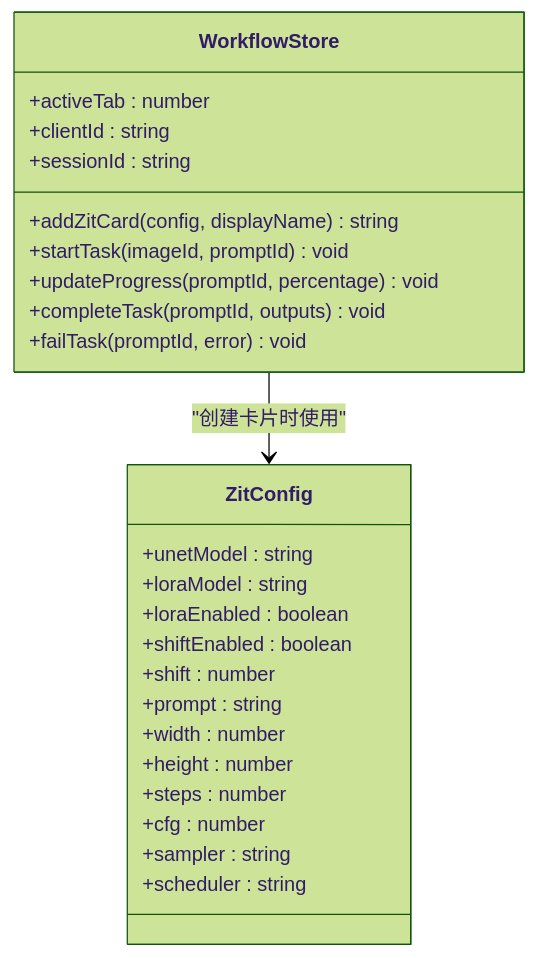
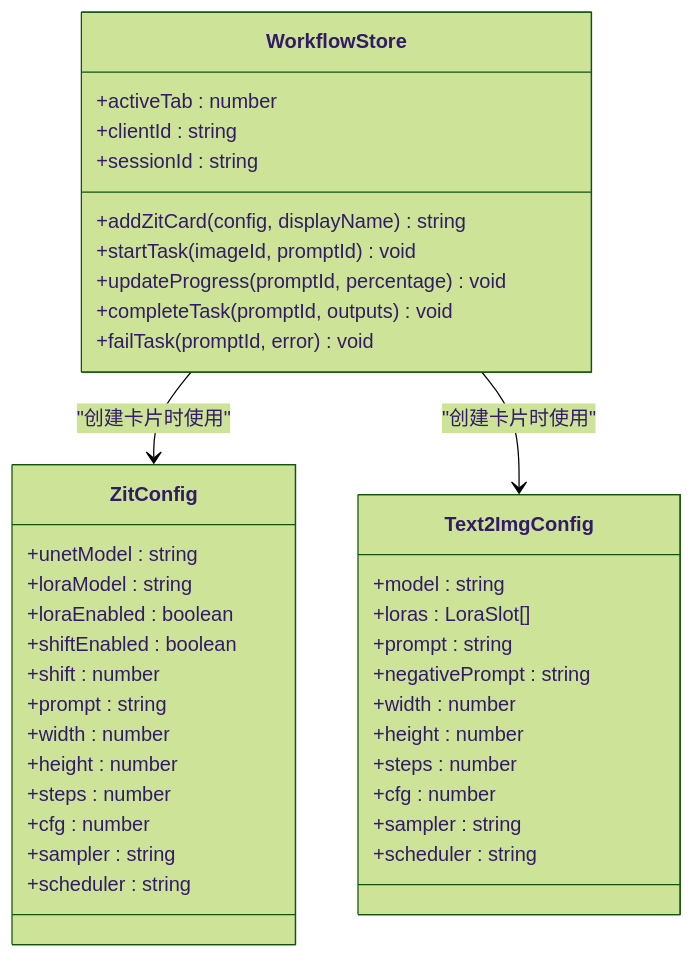
One commit to billye220670/CorineKit_Pix2Real changed the fourth of 8 diagrams in .qoder/repowiki/zh/content/专业功能/ZIT 快出.md. Above: the diagram before and after it, drawn with Mermaid (forest theme). The commit also changed other lines of this file and 49 other files, not shown here.

````diff
--- a/.qoder/repowiki/zh/content/专业功能/ZIT 快出.md
+++ b/.qoder/repowiki/zh/content/专业功能/ZIT 快出.md
@@ -172,28 +195,41 @@
 ```mermaid
 classDiagram
 class WorkflowStore {
 +activeTab : number
 +clientId : string
 +sessionId : string
 +addZitCard(config, displayName) string
 +startTask(imageId, promptId) void
 +updateProgress(promptId, percentage) void
 +completeTask(promptId, outputs) void
 +failTask(promptId, error) void
 }
 class ZitConfig {
 +unetModel : string
 +loraModel : string
 +loraEnabled : boolean
 +shiftEnabled : boolean
 +shift : number
 +prompt : string
 +width : number
 +height : number
 +steps : number
 +cfg : number
 +sampler : string
 +scheduler : string
 }
+class Text2ImgConfig {
++model : string
++loras : LoraSlot[]
++prompt : string
++negativePrompt : string
++width : number
++height : number
++steps : number
++cfg : number
++sampler : string
++scheduler : string
+}
 WorkflowStore --> ZitConfig : "创建卡片时使用"
+WorkflowStore --> Text2ImgConfig : "创建卡片时使用"
 ```
````
